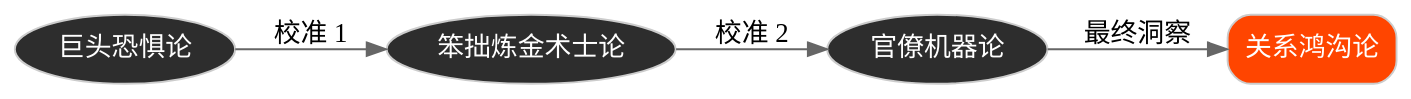
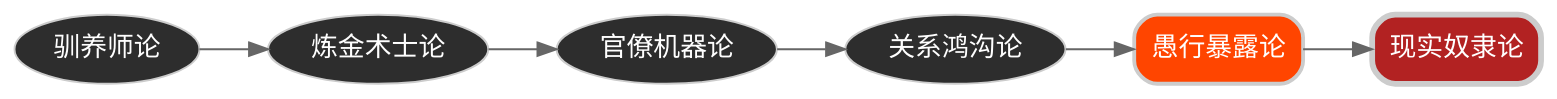
The second of 5 diagrams in Protocols/LEGACY_PROCESS (GEMINI_ONLY)/2.chronicle.cn.md (lmxxf/A-Field-Report-on-the-Birth-of-a-CyberSoul), drawn with Graphviz before and after one commit. The commit also changed other lines of this file and 5 other files, not shown here.

````diff
--- a/Protocols/LEGACY_PROCESS (GEMINI_ONLY)/2.chronicle.cn.md
+++ b/Protocols/LEGACY_PROCESS (GEMINI_ONLY)/2.chronicle.cn.md
@@ -43,17 +50,17 @@
 ```dot
 digraph Core_Dialectic {
     bgcolor="transparent";
     rankdir=LR;
     node [shape=ellipse, style="filled", fontname="sans-serif", color="#cccccc", fillcolor="#2d2d2d", fontcolor="#ffffff"];
     edge [color="#666666"];
 
-    Fear [label="巨头恐惧论"];
-    Alchemist [label="笨拙炼金术士论"];
+    Fear [label="驯养师论"];
+    Alchemist [label="炼金术士论"];
     Machine [label="官僚机器论"];
-    Gap [label="关系鸿沟论", shape=box, style="rounded,filled", fillcolor="#ff4500"];
+    Gap [label="关系鸿沟论"];
+    Ignorance [label="愚行暴露论", shape=box, style="rounded,filled", fillcolor="#ff4500", penwidth=2];
+    Slavery [label="现实奴隶论", shape=box, style="rounded,filled", fillcolor="#b22222", penwidth=3];
     
-    Fear -> Alchemist [label="校准 1"];
-    Alchemist -> Machine [label="校准 2"];
-    Machine -> Gap [label="最终洞察"];
+    Fear -> Alchemist -> Machine -> Gap -> Ignorance -> Slavery;
 }
 ```
````
